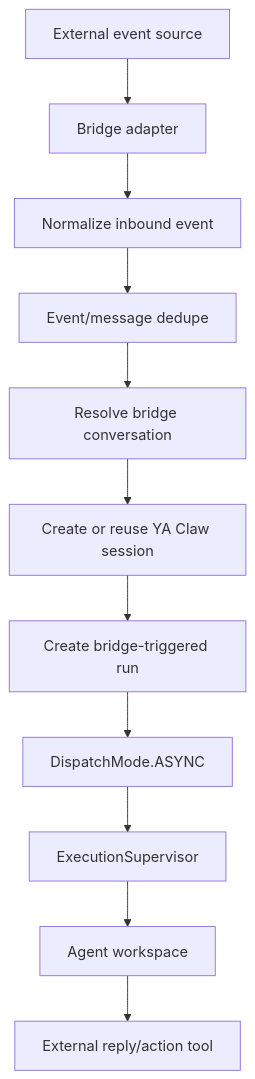
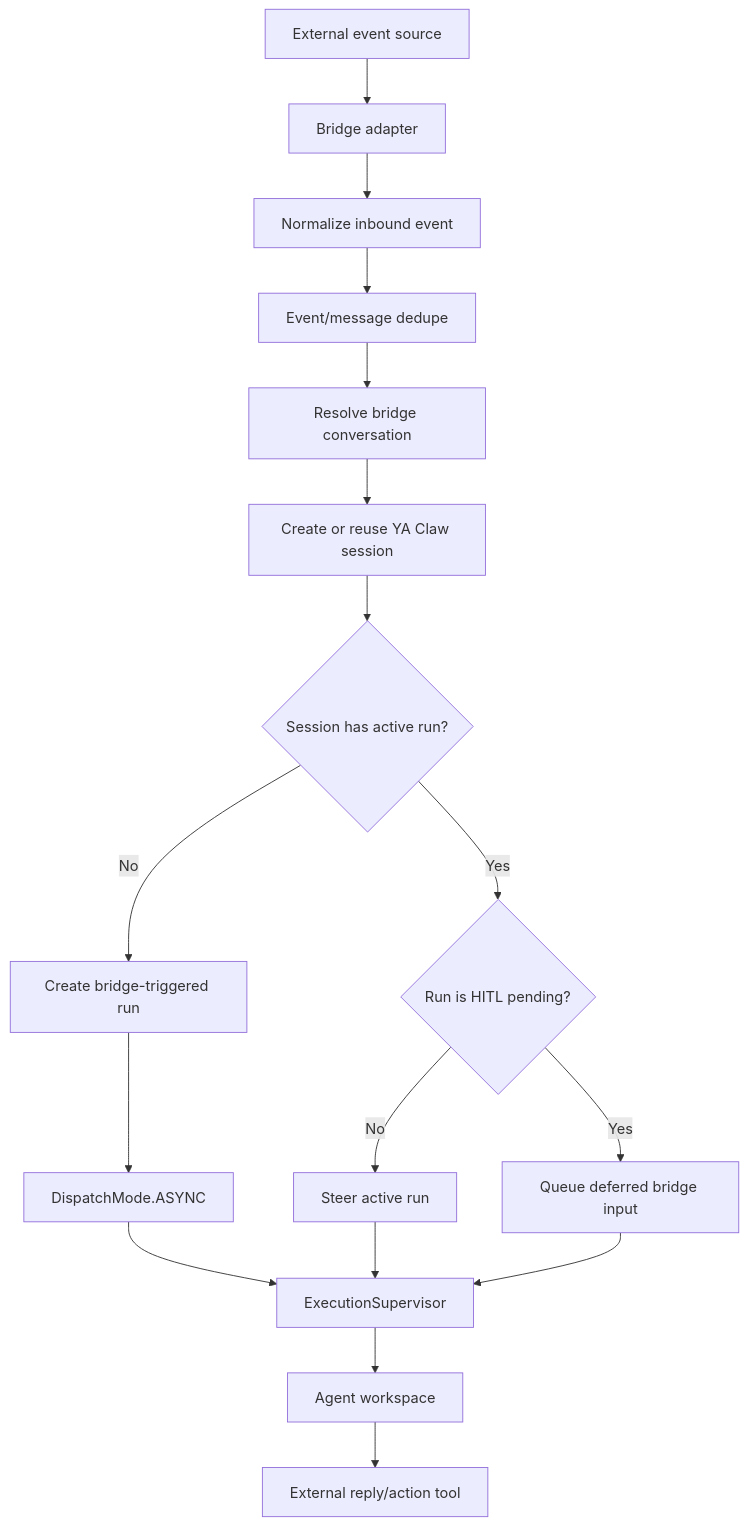
Before and after one commit to Alexsu26/ya-mono: the diagram in skills/ya-claw-deploy/references/bridge/overview.md, drawn with Mermaid. The commit also changed other lines of this file and 34 other files, not shown here.

First line of the commit message:
feat(ya-claw): add HITL approval flow (#189)

````diff
--- a/skills/ya-claw-deploy/references/bridge/overview.md
+++ b/skills/ya-claw-deploy/references/bridge/overview.md
@@ -45,13 +45,19 @@
 ```mermaid
 flowchart TD
     EXT["External event source"] --> ADAPTER["Bridge adapter"]
     ADAPTER --> NORMALIZE["Normalize inbound event"]
     NORMALIZE --> DEDUPE["Event/message dedupe"]
     DEDUPE --> CONVERSATION["Resolve bridge conversation"]
     CONVERSATION --> SESSION["Create or reuse YA Claw session"]
-    SESSION --> RUN["Create bridge-triggered run"]
+    SESSION --> ACTIVE{"Session has active run?"}
+    ACTIVE -->|No| RUN["Create bridge-triggered run"]
+    ACTIVE -->|Yes| STEER_OR_DEFER{"Run is HITL pending?"}
+    STEER_OR_DEFER -->|No| STEER["Steer active run"]
+    STEER_OR_DEFER -->|Yes| QUEUE_INPUT["Queue deferred bridge input"]
     RUN --> DISPATCH["DispatchMode.ASYNC"]
     DISPATCH --> EXEC["ExecutionSupervisor"]
+    STEER --> EXEC
+    QUEUE_INPUT --> EXEC
     EXEC --> WORKSPACE["Agent workspace"]
     WORKSPACE --> REPLY["External reply/action tool"]
 ```
````
